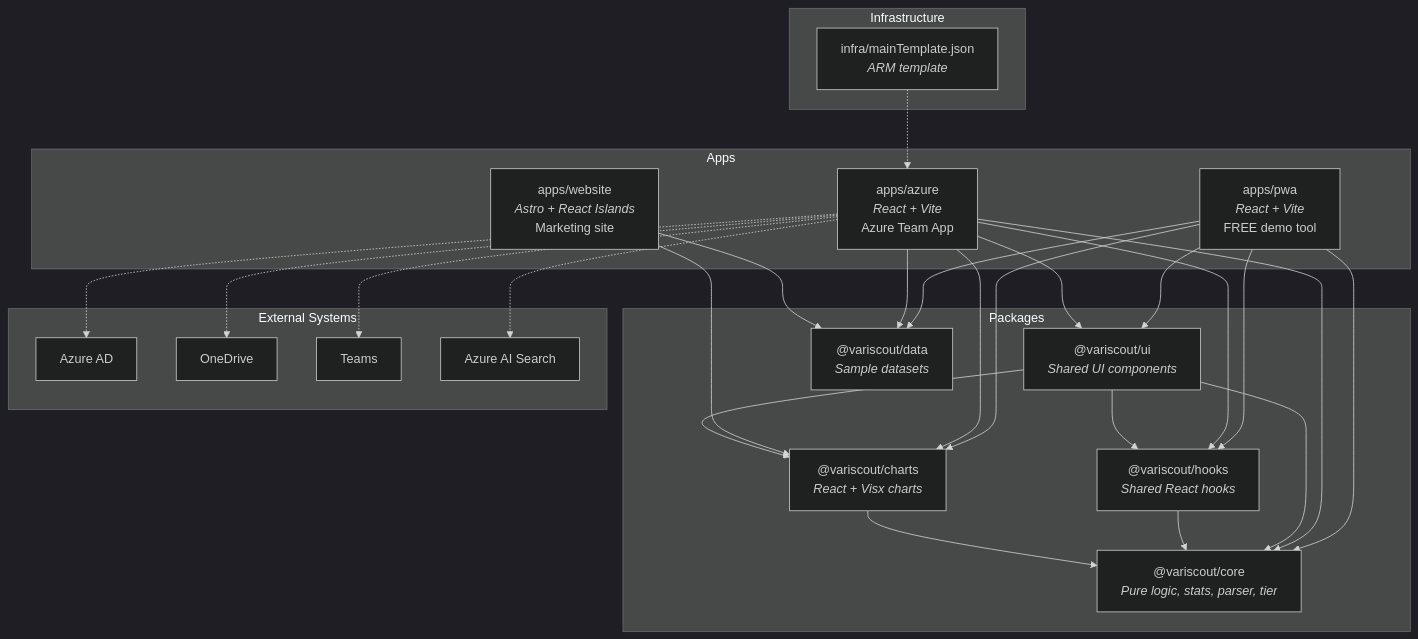
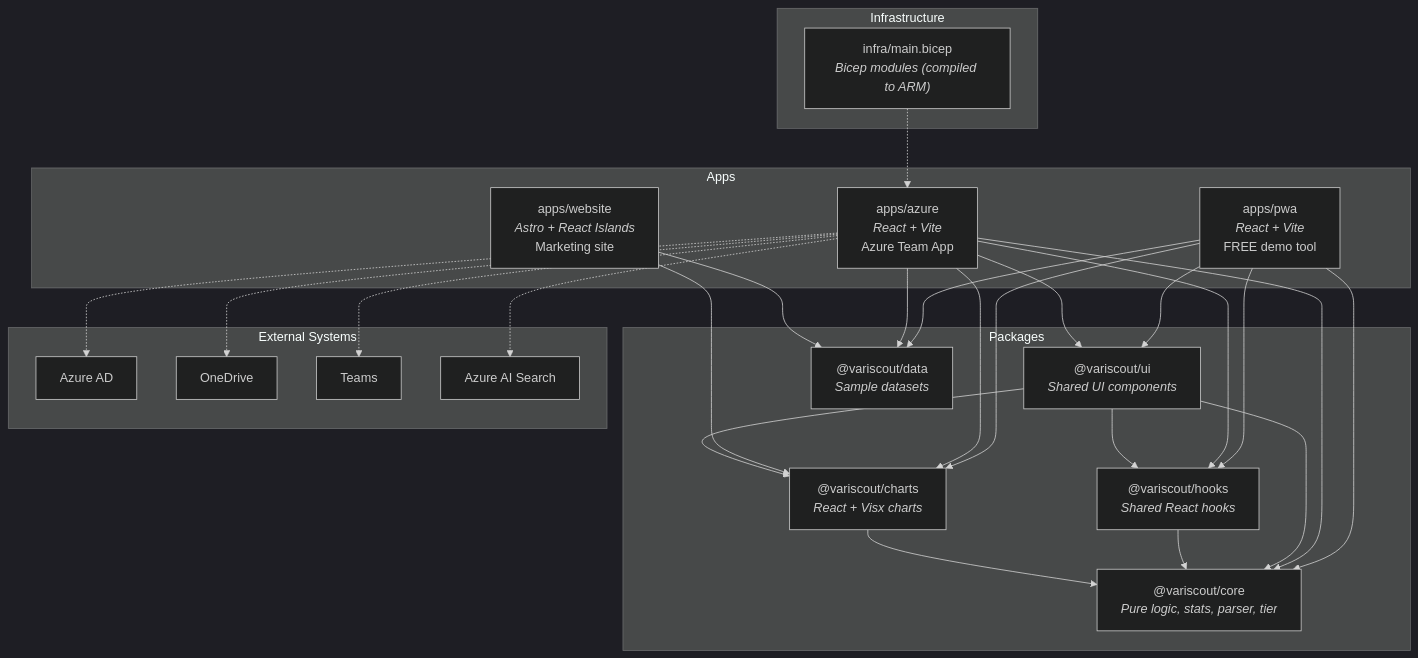
One commit to jukka-matti/variscout changed the second of 2 diagrams in docs/05-technical/architecture/system-map.md. Above: the diagram before and after it, drawn with Mermaid (dark theme). The commit also changed other lines of this file and 7 other files, not shown here.

````diff
--- a/docs/05-technical/architecture/system-map.md
+++ b/docs/05-technical/architecture/system-map.md
@@ -39,41 +39,41 @@
 ```mermaid
 flowchart TB
     subgraph apps["Apps"]
         pwa["apps/pwa<br/><i>React + Vite</i><br/>FREE demo tool"]
         azure["apps/azure<br/><i>React + Vite</i><br/>Azure Team App"]
         website["apps/website<br/><i>Astro + React Islands</i><br/>Marketing site"]
     end
 
     subgraph packages["Packages"]
         ui["@variscout/ui<br/><i>Shared UI components</i>"]
         hooks["@variscout/hooks<br/><i>Shared React hooks</i>"]
         charts["@variscout/charts<br/><i>React + Visx charts</i>"]
         core["@variscout/core<br/><i>Pure logic, stats, parser, tier</i>"]
         data["@variscout/data<br/><i>Sample datasets</i>"]
     end
 
     subgraph infra["Infrastructure"]
-        arm["infra/mainTemplate.json<br/><i>ARM template</i>"]
+        arm["infra/main.bicep<br/><i>Bicep modules (compiled to ARM)</i>"]
     end
 
     subgraph external["External Systems"]
         azuread["Azure AD"]
         onedrive["OneDrive"]
         teams["Teams"]
         aisearch["Azure AI Search"]
     end
 
     %% App dependencies
     pwa --> core & charts & hooks & ui & data
     azure --> core & charts & hooks & ui & data
     website --> charts & data
 
     %% Package dependencies
     ui --> core & hooks & charts
     hooks --> core
     charts --> core
 
     %% External integrations (Azure app only)
     azure -.-> azuread & onedrive & teams & aisearch
     arm -.-> azure
 ```
````
